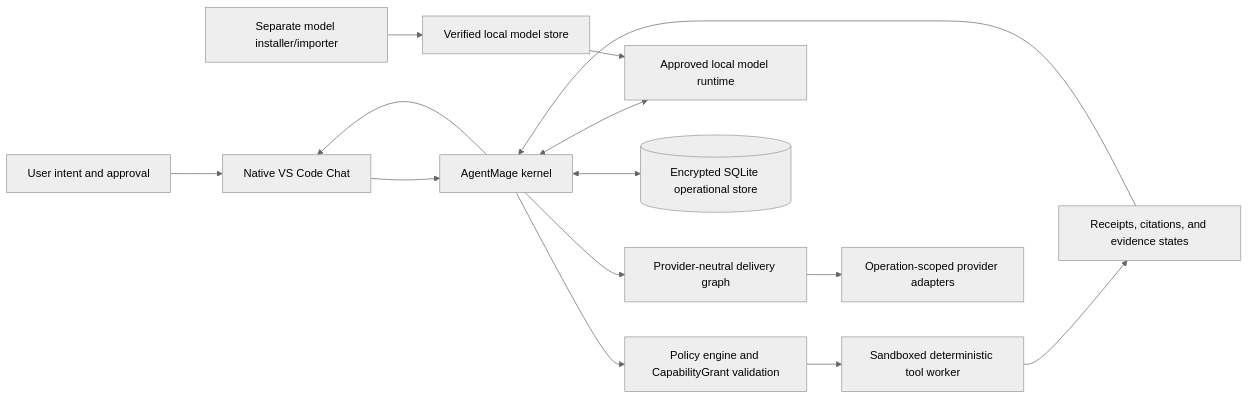
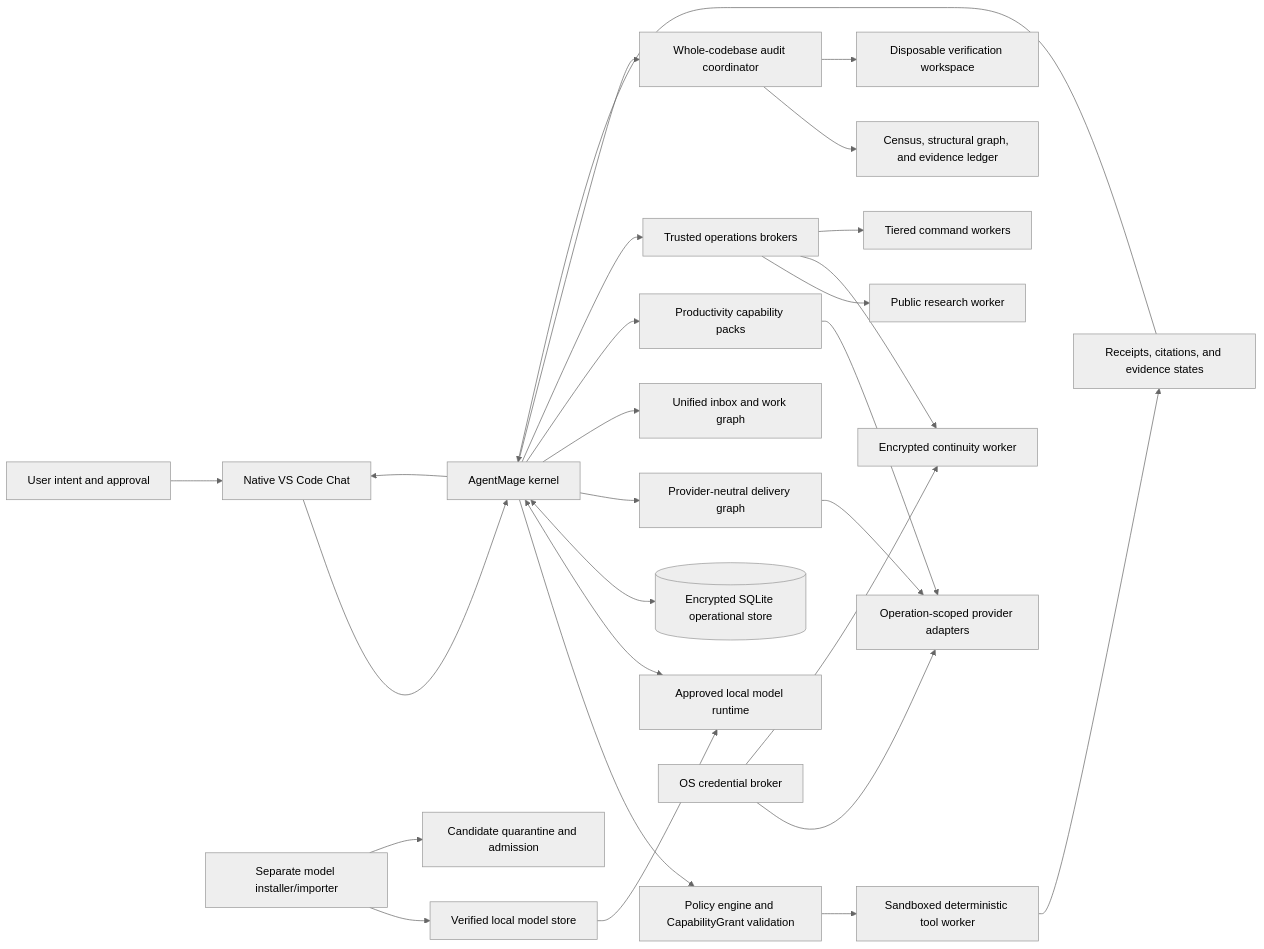
Before and after one commit to AaronNHorvitz/AgentMage: the first of 3 diagrams in README.md, drawn with Mermaid (neutral theme). The commit also changed other lines of this file and 31 other files, not shown here.

````diff
--- a/README.md
+++ b/README.md
@@ -73,16 +84,29 @@
 ```mermaid
 flowchart LR
     U["User intent and approval"] --> V["Native VS Code Chat"]
     V --> K["AgentMage kernel"]
     K --> P["Policy engine and CapabilityGrant validation"]
     K <--> M["Approved local model runtime"]
     P --> T["Sandboxed deterministic tool worker"]
     T --> E["Receipts, citations, and evidence states"]
     E --> K
     K <--> S[("Encrypted SQLite operational store")]
     K --> V
     I["Separate model installer/importer"] --> A["Verified local model store"]
     A --> M
     K --> D["Provider-neutral delivery graph"]
     D --> C["Operation-scoped provider adapters"]
+    K --> W["Unified inbox and work graph"]
+    K --> X["Productivity capability packs"]
+    X --> C
+    K --> O["Trusted operations brokers"]
+    O --> R["Public research worker"]
+    O --> B["Encrypted continuity worker"]
+    O --> H["Tiered command workers"]
+    K --> Z["Whole-codebase audit coordinator"]
+    Z --> Y["Census, structural graph, and evidence ledger"]
+    Z --> J["Disposable verification workspace"]
+    G["OS credential broker"] --> C
+    G --> B
+    I --> Q["Candidate quarantine and admission"]
 ```
````
